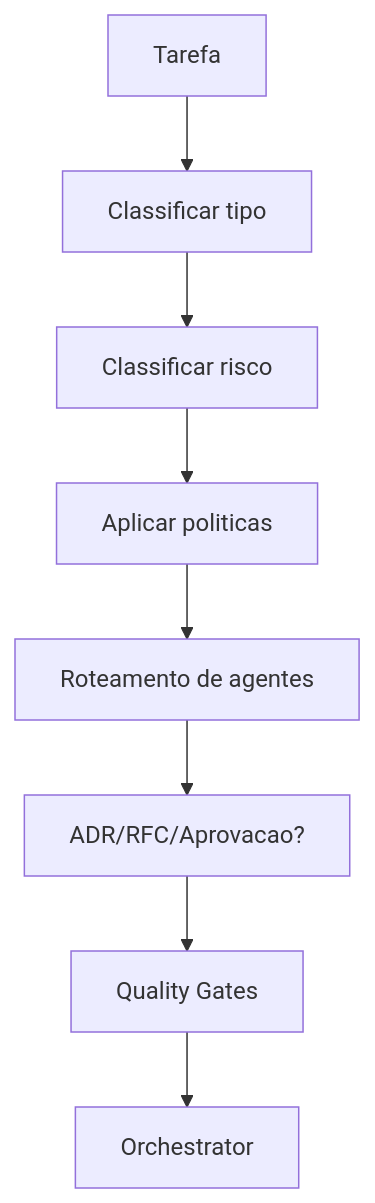
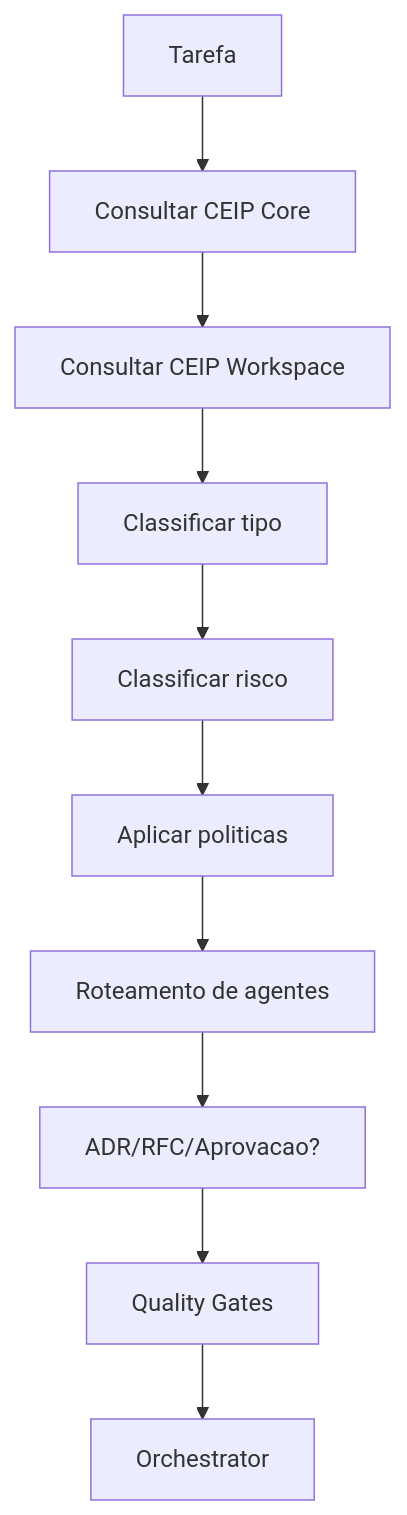
Before and after one commit to thyags/method-ceip: the diagram in POLICY_ENGINE.md, drawn with Mermaid. The commit also changed other lines of this file and 45 other files, not shown here.

Commit message:
Add CEIP Core Workspace architecture

````diff
--- a/POLICY_ENGINE.md
+++ b/POLICY_ENGINE.md
@@ -39,10 +46,12 @@
 ```mermaid
 flowchart TD
-    A["Tarefa"] --> B["Classificar tipo"]
+    A["Tarefa"] --> A1["Consultar CEIP Core"]
+    A1 --> A2["Consultar CEIP Workspace"]
+    A2 --> B["Classificar tipo"]
     B --> C["Classificar risco"]
     C --> D["Aplicar politicas"]
     D --> E["Roteamento de agentes"]
     E --> F["ADR/RFC/Aprovacao?"]
     F --> G["Quality Gates"]
     G --> H["Orchestrator"]
 ```
````
